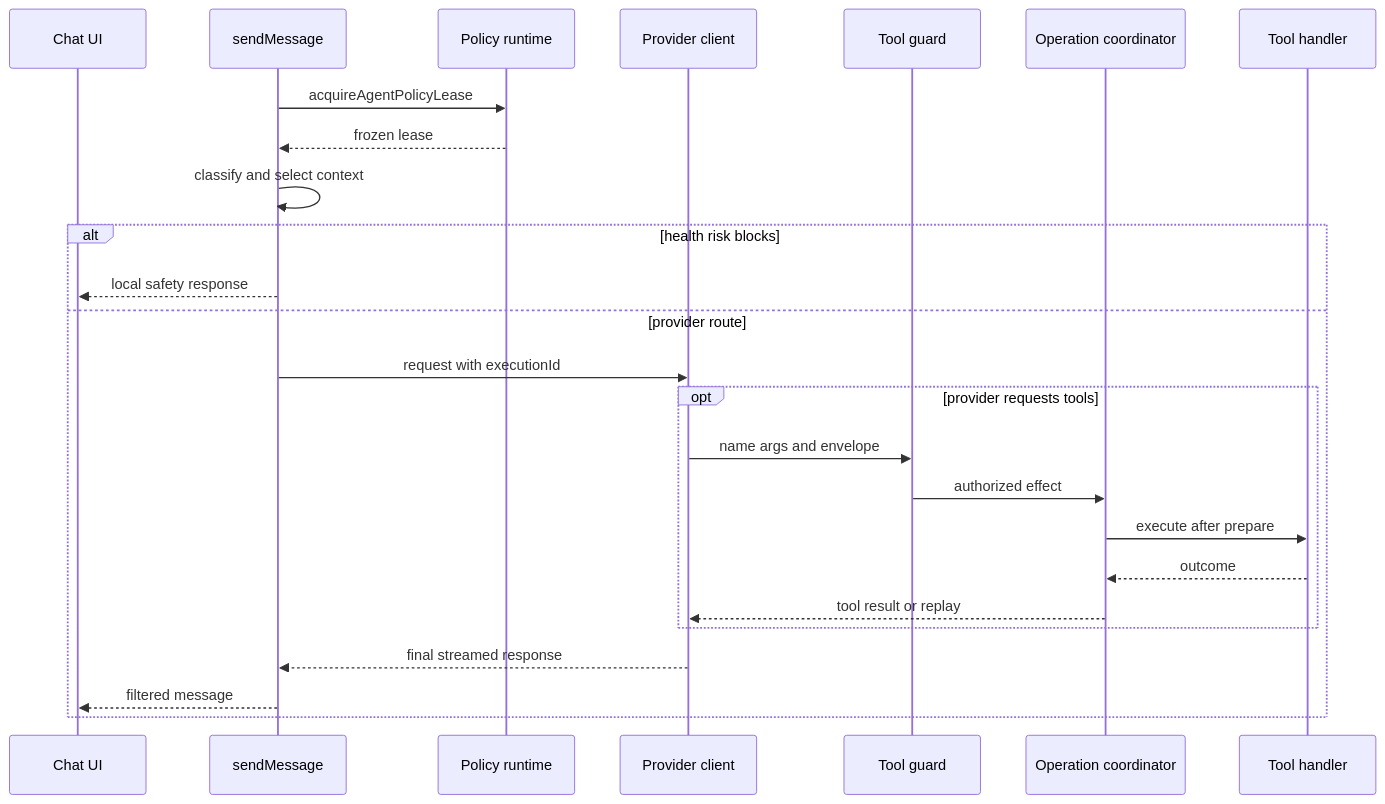
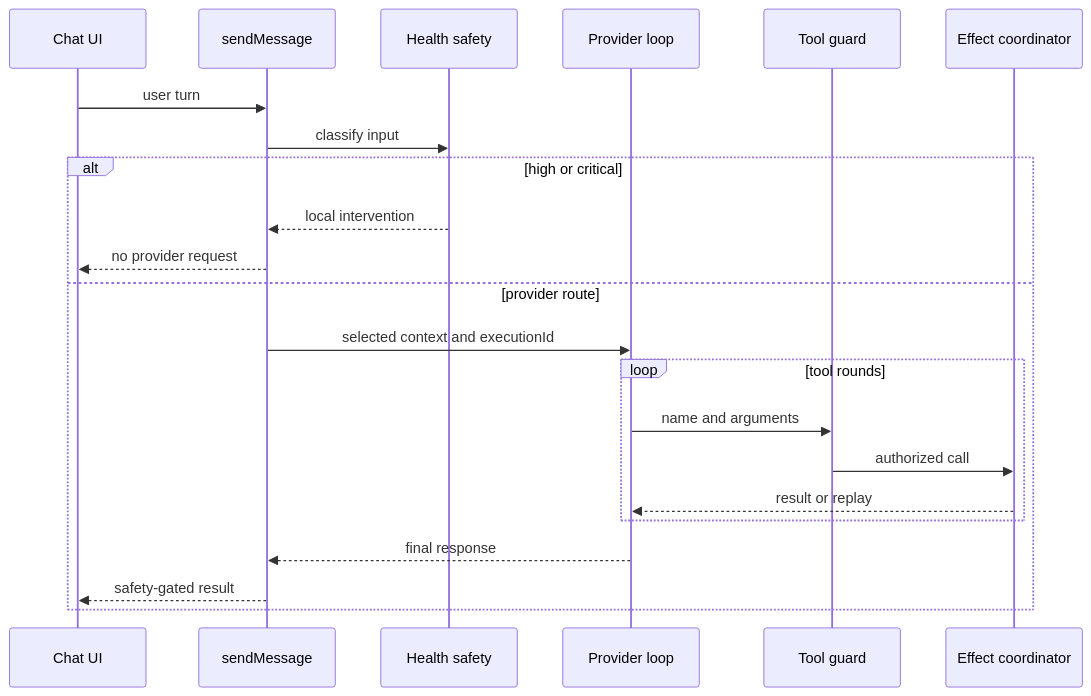
One commit to maximofn/gymnasia changed the first of 2 diagrams in openwiki/agent/runtime.md. Above: the diagram before and after it, drawn with Mermaid. The commit also changed other lines of this file and 19 other files, not shown here.

````diff
--- a/openwiki/agent/runtime.md
+++ b/openwiki/agent/runtime.md
@@ -108,27 +76,24 @@
 ```mermaid
 sequenceDiagram
     participant UI as Chat UI
     participant App as sendMessage
-    participant Policy as Policy runtime
-    participant Provider as Provider client
+    participant Safety as Health safety
+    participant Provider as Provider loop
     participant Guard as Tool guard
-    participant Coordinator as Operation coordinator
-    participant Handler as Tool handler
-    App->>Policy: acquireAgentPolicyLease
-    Policy-->>App: frozen lease
-    App->>App: classify and select context
-    alt health risk blocks
-        App-->>UI: local safety response
+    participant Effects as Effect coordinator
+    UI->>App: user turn
+    App->>Safety: classify input
+    alt high or critical
+        Safety-->>App: local intervention
+        App-->>UI: no provider request
     else provider route
-        App->>Provider: request with executionId
-        opt provider requests tools
-            Provider->>Guard: name args and envelope
-            Guard->>Coordinator: authorized effect
-            Coordinator->>Handler: execute after prepare
-            Handler-->>Coordinator: outcome
-            Coordinator-->>Provider: tool result or replay
+        App->>Provider: selected context and executionId
+        loop tool rounds
+            Provider->>Guard: name and arguments
+            Guard->>Effects: authorized call
+            Effects-->>Provider: result or replay
         end
-        Provider-->>App: final streamed response
-        App-->>UI: filtered message
+        Provider-->>App: final response
+        App-->>UI: safety-gated result
     end
 ```
````
